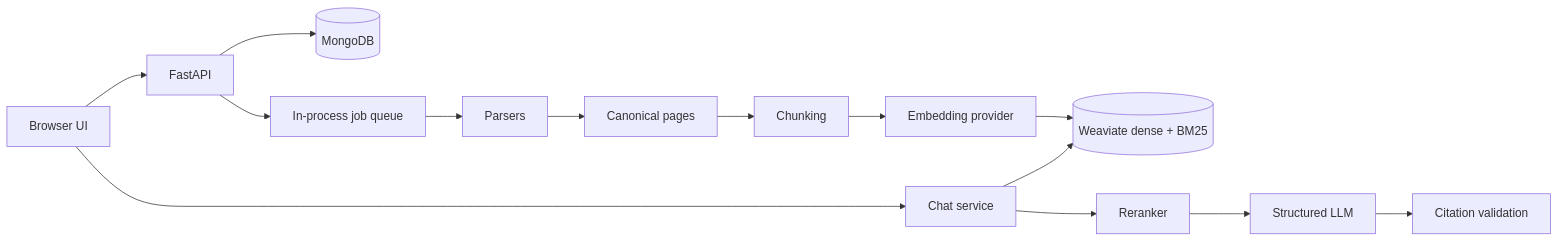
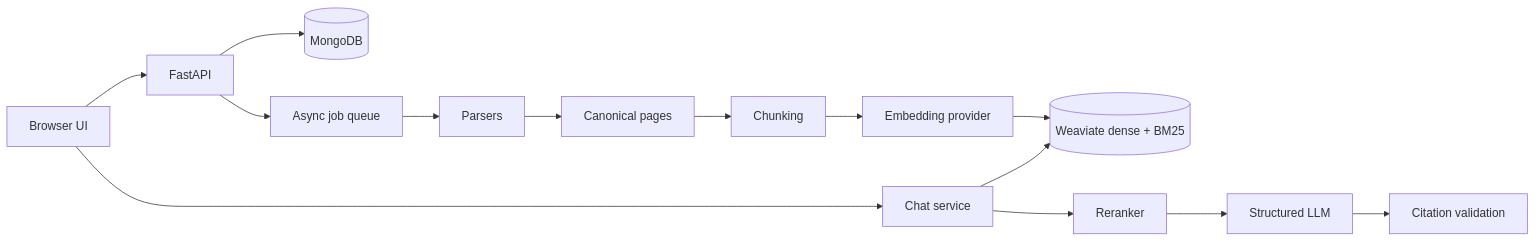
The diagram in README.md (Rish-ps381/doc-processing-prod-grade-rag-system), drawn with Mermaid before and after one commit. The commit also changed other lines of this file and 13 other files, not shown here.

````diff
--- a/README.md
+++ b/README.md
@@ -7,16 +7,16 @@
 ```mermaid
 flowchart LR
   UI[Browser UI] --> API[FastAPI]
   API --> M[(MongoDB)]
-  API --> Q[In-process job queue]
+  API --> Q[Async job queue]
   Q --> P[Parsers]
   P --> C[Canonical pages]
   C --> CH[Chunking]
   CH --> E[Embedding provider]
   E --> W[(Weaviate dense + BM25)]
   UI --> CHAT[Chat service]
   CHAT --> W
   CHAT --> R[Reranker]
   R --> L[Structured LLM]
   L --> V[Citation validation]
 ```
````
